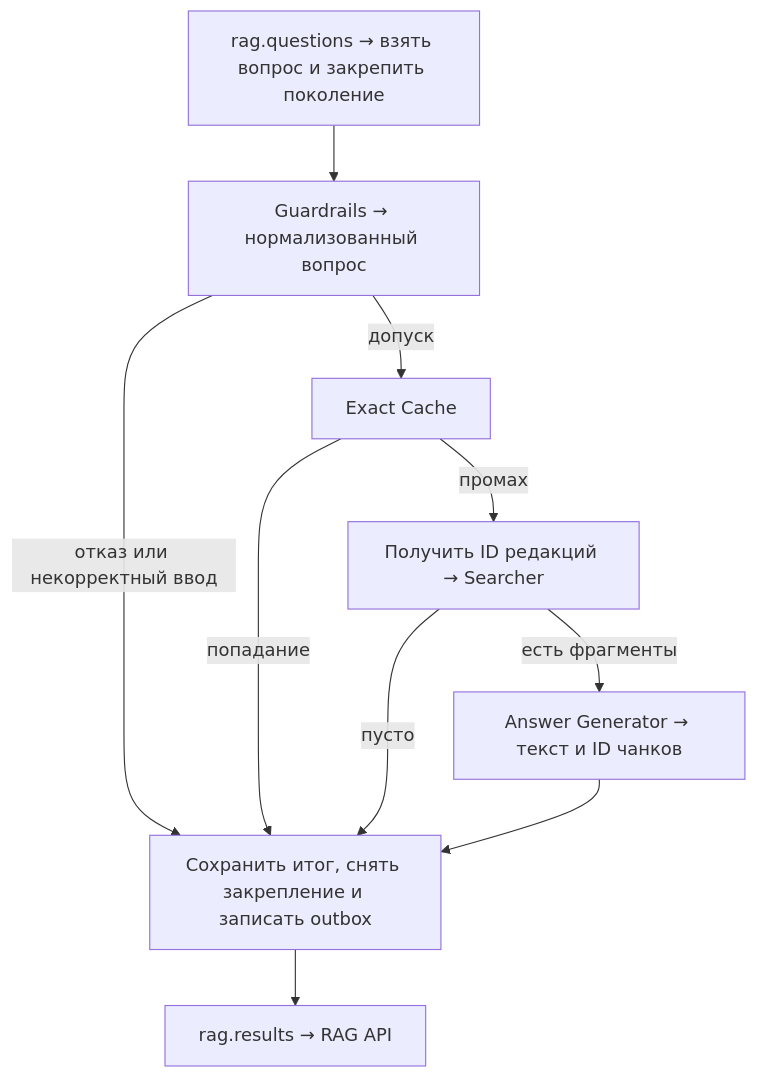
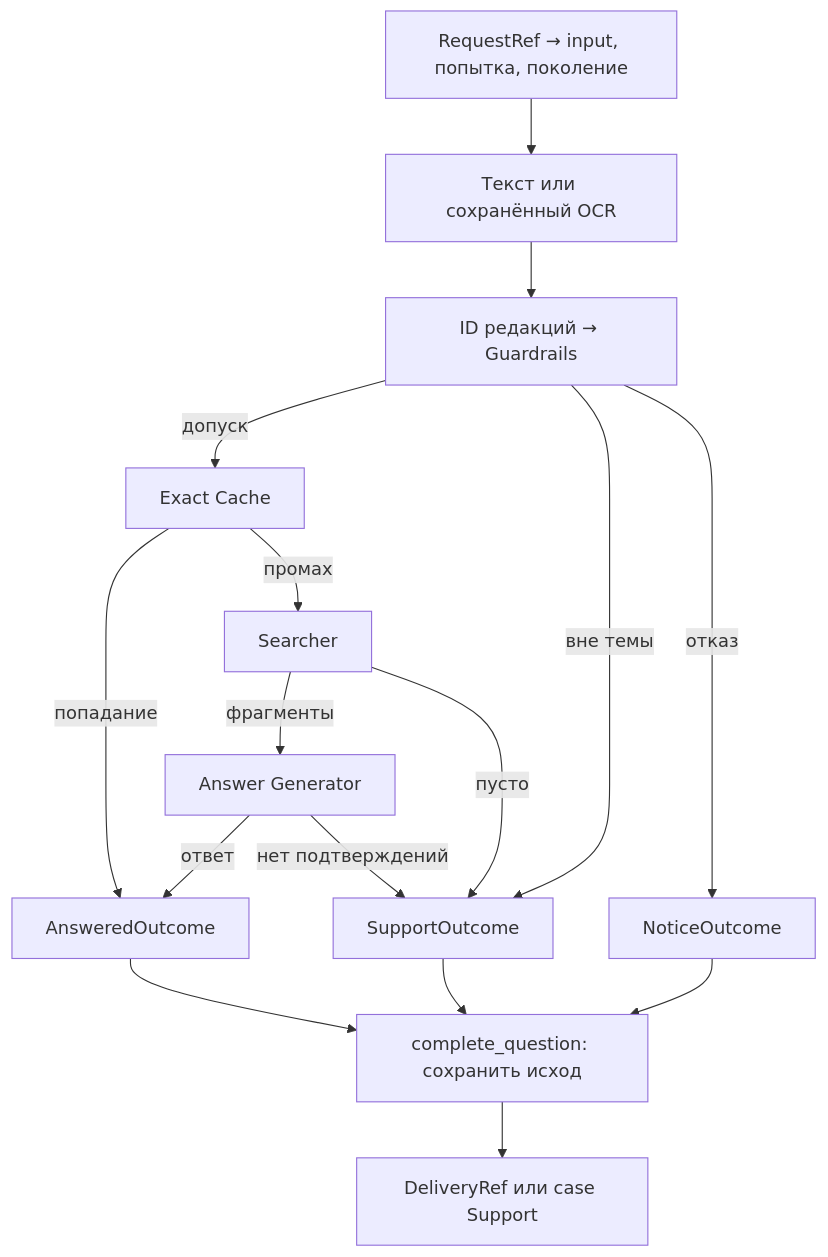
The diagram in docs/documents/rag-core/flow.md (verdenkaa/docs-bots), drawn with Mermaid before and after one commit. The commit also changed other lines of this file and 115 other files, not shown here.

```diff
--- a/docs/documents/rag-core/flow.md
+++ b/docs/documents/rag-core/flow.md
@@ -29,12 +22,18 @@
 ~~~mermaid
 flowchart TD
-    IN["rag.questions → взять вопрос и закрепить поколение"] --> G["Guardrails → нормализованный вопрос"]
-    G -->|"допуск"| C["Exact Cache"]
-    G -->|"отказ или некорректный ввод"| SAVE
-    C -->|"попадание"| SAVE
-    C -->|"промах"| S["Получить ID редакций → Searcher"]
-    S -->|"есть фрагменты"| A["Answer Generator → текст и ID чанков"]
-    S -->|"пусто"| SAVE
-    A --> SAVE["Сохранить итог, снять закрепление и записать outbox"]
-    SAVE --> OUT["rag.results → RAG API"]
+ I["RequestRef → input, попытка, поколение"] --> T["Текст или сохранённый OCR"]
+ T --> G["ID редакций → Guardrails"]
+ G -->|"допуск"| K["Exact Cache"]
+ G -->|"вне темы"| H["SupportOutcome"]
+ G -->|"отказ"| N["NoticeOutcome"]
+ K -->|"попадание"| A["AnsweredOutcome"]
+ K -->|"промах"| S["Searcher"]
+ S -->|"фрагменты"| L["Answer Generator"]
+ S -->|"пусто"| H
+ L -->|"ответ"| A
+ L -->|"нет подтверждений"| H
+ A --> DB["complete_question: сохранить исход"]
+ H --> DB
+ N --> DB
+ DB --> D["DeliveryRef или case Support"]
 ~~~
```
